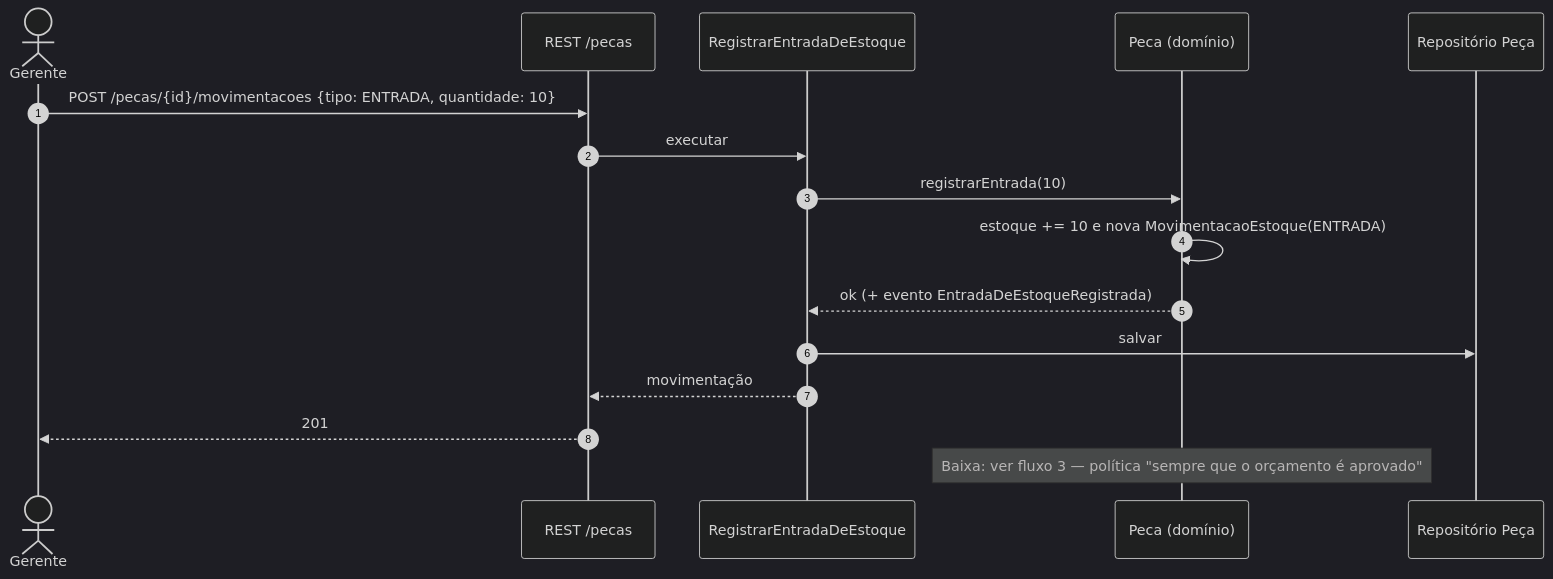
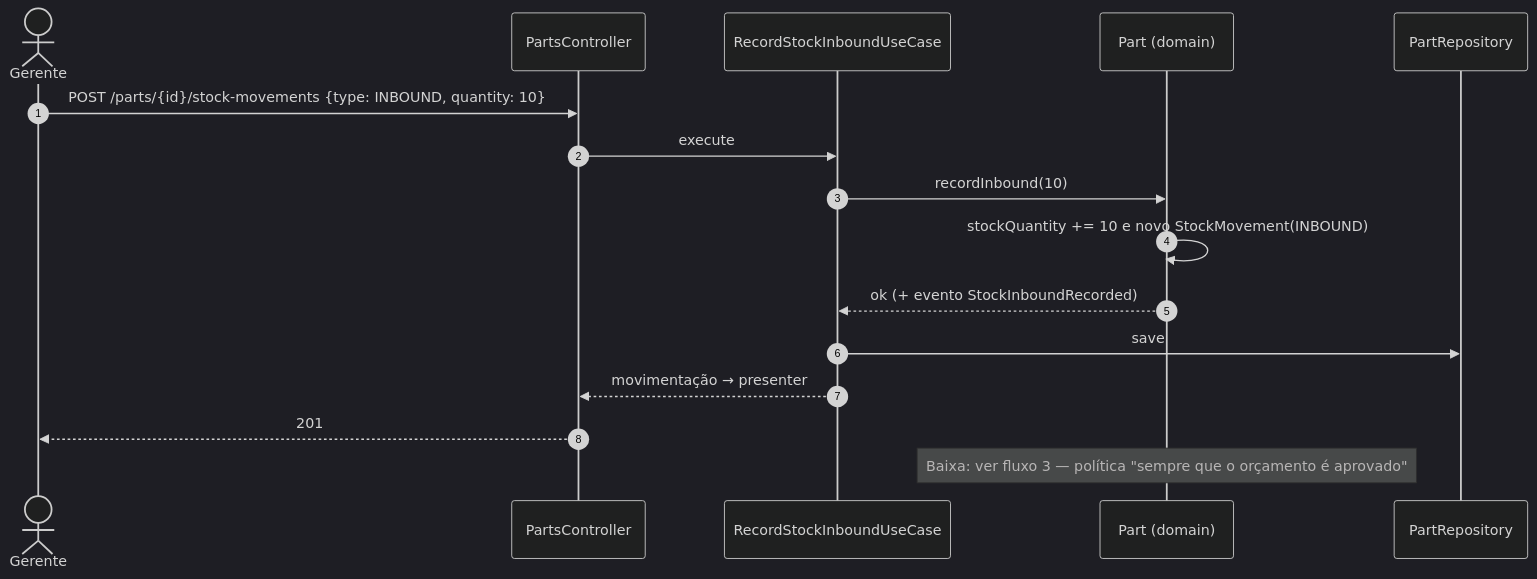
Before and after one commit to HermandoThiago/FIAP-SOAT: the sixth of 6 diagrams in docs/04-arquitetura/fluxos.md, drawn with Mermaid (dark theme). The commit also changed other lines of this file and 42 other files, not shown here.

````diff
--- a/docs/04-arquitetura/fluxos.md
+++ b/docs/04-arquitetura/fluxos.md
@@ -147,18 +148,18 @@
 ```mermaid
 sequenceDiagram
     autonumber
     actor Ge as Gerente
-    participant API as REST /pecas
-    participant UC as RegistrarEntradaDeEstoque
-    participant P as Peca (domínio)
-    participant REP as Repositório Peça
-    Ge->>API: POST /pecas/{id}/movimentacoes {tipo: ENTRADA, quantidade: 10}
-    API->>UC: executar
-    UC->>P: registrarEntrada(10)
-    P->>P: estoque += 10 e nova MovimentacaoEstoque(ENTRADA)
-    P-->>UC: ok (+ evento EntradaDeEstoqueRegistrada)
-    UC->>REP: salvar
-    UC-->>API: movimentação
+    participant API as PartsController
+    participant UC as RecordStockInboundUseCase
+    participant P as Part (domain)
+    participant REP as PartRepository
+    Ge->>API: POST /parts/{id}/stock-movements {type: INBOUND, quantity: 10}
+    API->>UC: execute
+    UC->>P: recordInbound(10)
+    P->>P: stockQuantity += 10 e novo StockMovement(INBOUND)
+    P-->>UC: ok (+ evento StockInboundRecorded)
+    UC->>REP: save
+    UC-->>API: movimentação → presenter
     API-->>Ge: 201
     Note over P: Baixa: ver fluxo 3 — política "sempre que o orçamento é aprovado"
 ```
````
